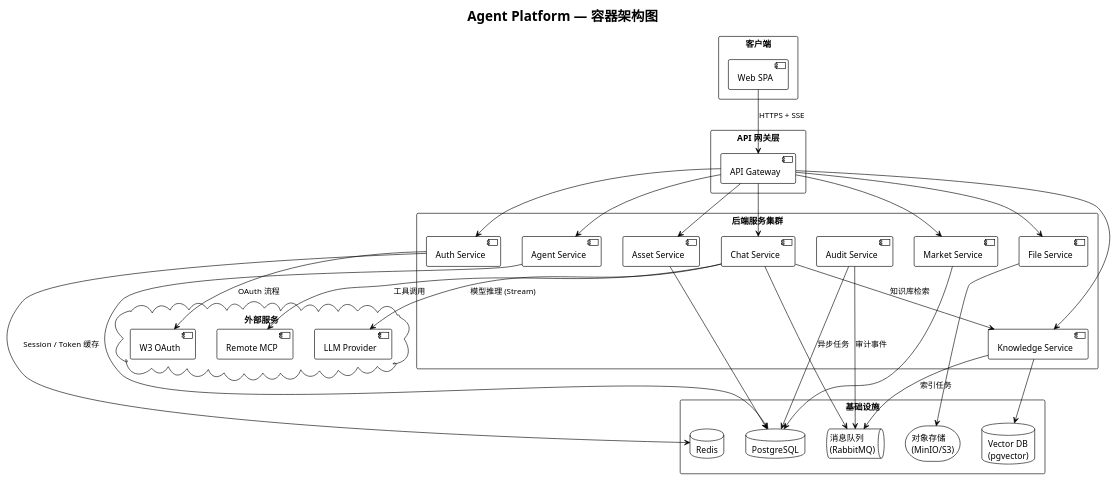
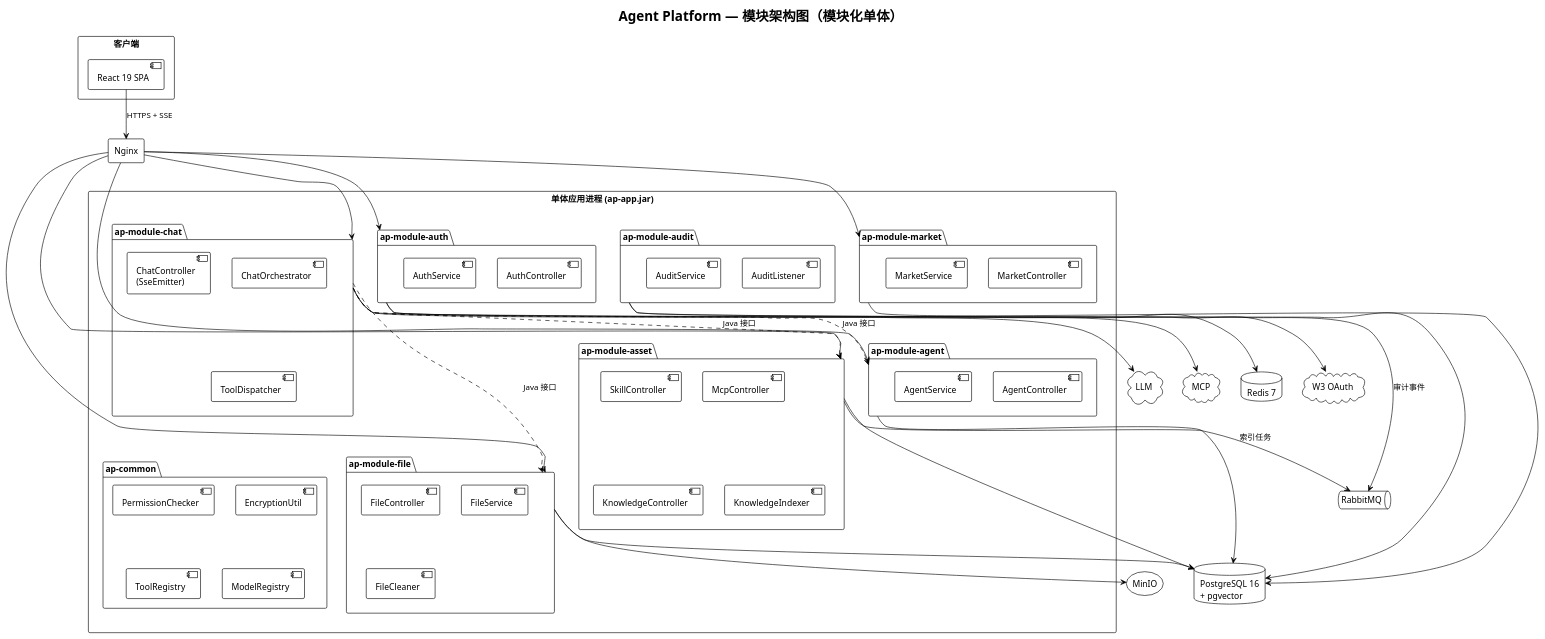
One commit to SkarnerV/web-agent changed the third of 8 diagrams in .Ds-Spec/specs/agent-platform/design.md. Above: the diagram before and after it, drawn with PlantUML. The commit also changed other lines of this file and 61 other files, not shown here.

````diff
--- a/.Ds-Spec/specs/agent-platform/design.md
+++ b/.Ds-Spec/specs/agent-platform/design.md
@@ -80,66 +309,89 @@
 ```plantuml
-@startuml C4_Container
+@startuml Module_Arch
 !theme plain
 
-title Agent Platform — 容器架构图
+title Agent Platform — 模块架构图（模块化单体）
 
 rectangle "客户端" {
-  [Web SPA] as SPA
+  [React 19 SPA] as SPA
 }
 
-rectangle "API 网关层" {
-  [API Gateway] as GW
+rectangle "Nginx" as NGX
+
+rectangle "单体应用进程 (ap-app.jar)" {
+  package "ap-module-auth" as Auth {
+    [AuthController]
+    [AuthService]
+  }
+  package "ap-module-agent" as Agent {
+    [AgentController]
+    [AgentService]
+  }
+  package "ap-module-chat" as Chat {
+    [ChatController\n(SseEmitter)]
+    [ChatOrchestrator]
+    [ToolDispatcher]
+  }
+  package "ap-module-market" as Market {
+    [MarketController]
+    [MarketService]
+  }
+  package "ap-module-asset" as Asset {
+    [SkillController]
+    [McpController]
+    [KnowledgeController]
+    [KnowledgeIndexer]
+  }
+  package "ap-module-file" as File {
+    [FileController]
+    [FileService]
+    [FileCleaner]
+  }
+  package "ap-module-audit" as Audit {
+    [AuditListener]
+    [AuditService]
+  }
+  package "ap-common" as Common {
+    [PermissionChecker]
+    [EncryptionUtil]
+    [ToolRegistry]
+    [ModelRegistry]
+  }
 }
 
-rectangle "后端服务集群" {
-  [Auth Service] as AuthSvc
-  [Agent Service] as AgentSvc
-  [Chat Service] as ChatSvc
-  [Market Service] as MarketSvc
-  [Asset Service] as AssetSvc
-  [File Service] as FileSvc
-  [Knowledge Service] as KBSvc
-  [Audit Service] as AuditSvc
-}
+database "PostgreSQL 16\n+ pgvector" as PG
+database "Redis 7" as Redis
+queue "RabbitMQ" as MQ
+storage "MinIO" as OSS
 
-rectangle "基础设施" {
-  database "PostgreSQL" as PG
-  database "Redis" as Redis
-  database "Vector DB\n(pgvector)" as VDB
-  queue "消息队列\n(RabbitMQ)" as MQ
-  storage "对象存储\n(MinIO/S3)" as OSS
-}
+cloud "W3 OAuth" as W3
+cloud "LLM" as LLM
+cloud "MCP" as MCP_EXT
 
-cloud "外部服务" {
-  [W3 OAuth] as W3
-  [LLM Provider] as LLM
-  [Remote MCP] as MCP
-}
+SPA --> NGX : HTTPS + SSE
+NGX --> Auth
+NGX --> Agent
+NGX --> Chat
+NGX --> Market
+NGX --> Asset
+NGX --> File
 
-SPA --> GW : HTTPS + SSE
-GW --> AuthSvc
-GW --> AgentSvc
-GW --> ChatSvc
-GW --> MarketSvc
-GW --> AssetSvc
-GW --> FileSvc
-GW --> KBSvc
+Auth --> W3
+Auth --> Redis
+Chat --> LLM
+Chat --> MCP_EXT
+Chat ..> Agent : Java 接口
+Chat ..> Asset : Java 接口
+Chat ..> File : Java 接口
 
-AuthSvc --> W3 : OAuth 流程
-AuthSvc --> Redis : Session / Token 缓存
-ChatSvc --> LLM : 模型推理 (Stream)
-ChatSvc --> MCP : 工具调用
-ChatSvc --> KBSvc : 知识库检索
-ChatSvc --> MQ : 异步任务
-
-AgentSvc --> PG
-AssetSvc --> PG
-MarketSvc --> PG
-FileSvc --> OSS
-KBSvc --> VDB
-KBSvc --> MQ : 索引任务
-AuditSvc --> PG
-AuditSvc --> MQ : 审计事件
+Agent --> PG
+Asset --> PG
+Market --> PG
+File --> OSS
+File --> PG
+Asset --> MQ : 索引任务
+Audit --> MQ : 审计事件
+Audit --> PG
 
 @enduml
 ```
````
